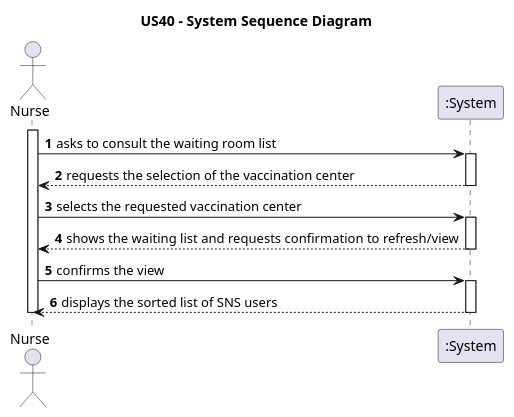
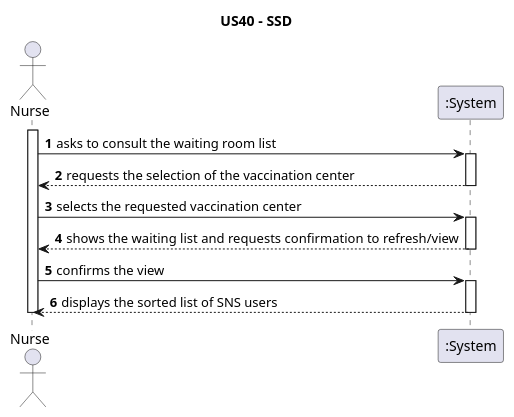
One commit to luluisfcm/leti-esoft-25-26-B5 changed the diagram in docs/system-documentation/US40/puml/US40-SSD.puml. Above: the diagram before and after it, drawn with PlantUML. The commit also changed 12 other files, not shown here.

```diff
--- a/docs/system-documentation/US40/puml/US40-SSD.puml
+++ b/docs/system-documentation/US40/puml/US40-SSD.puml
@@ -1,22 +1,22 @@
 @startuml
-title US40 - System Sequence Diagram
+title US40 - SSD
 autoactivate on
 autonumber
 
 actor "Nurse" as Nur
 participant ":System" as System
 
 activate Nur
 
 Nur -> System: asks to consult the waiting room list
 System --> Nur: requests the selection of the vaccination center
 
 Nur -> System: selects the requested vaccination center
 
 System --> Nur: shows the waiting list and requests confirmation to refresh/view
 
 Nur -> System: confirms the view
 System --> Nur: displays the sorted list of SNS users
 
 deactivate Nur
 @enduml
```
